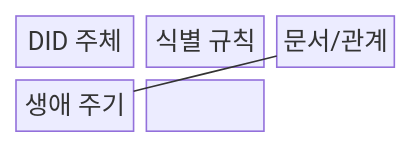
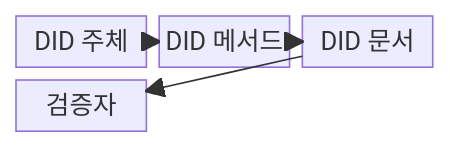
One commit to agnusdei1207/knowledge-base changed the first of 2 diagrams in src/content/docs/notes/08-latest-tech/220_did_decentralized_identifier.md. Above: the diagram before and after it, drawn with Mermaid. The commit also changed other lines of this file and 225 other files, not shown here.

````diff
--- a/src/content/docs/notes/08-latest-tech/220_did_decentralized_identifier.md
+++ b/src/content/docs/notes/08-latest-tech/220_did_decentralized_identifier.md
@@ -50,10 +49,11 @@
 ```mermaid
 block-beta
   columns 3
-  N0["DID 주체"]
-  N1["식별 규칙"]
-  N2["문서/관계"]
-  N3["생애 주기"]
-  N0 --- N1 --- N2
-  N2 --- N3
+  A["DID 주체"]
+  B["DID 메서드"]
+  C["DID 문서"]
+  D["검증자"]
+  A --> B
+  B --> C
+  C --> D
 ```
````
